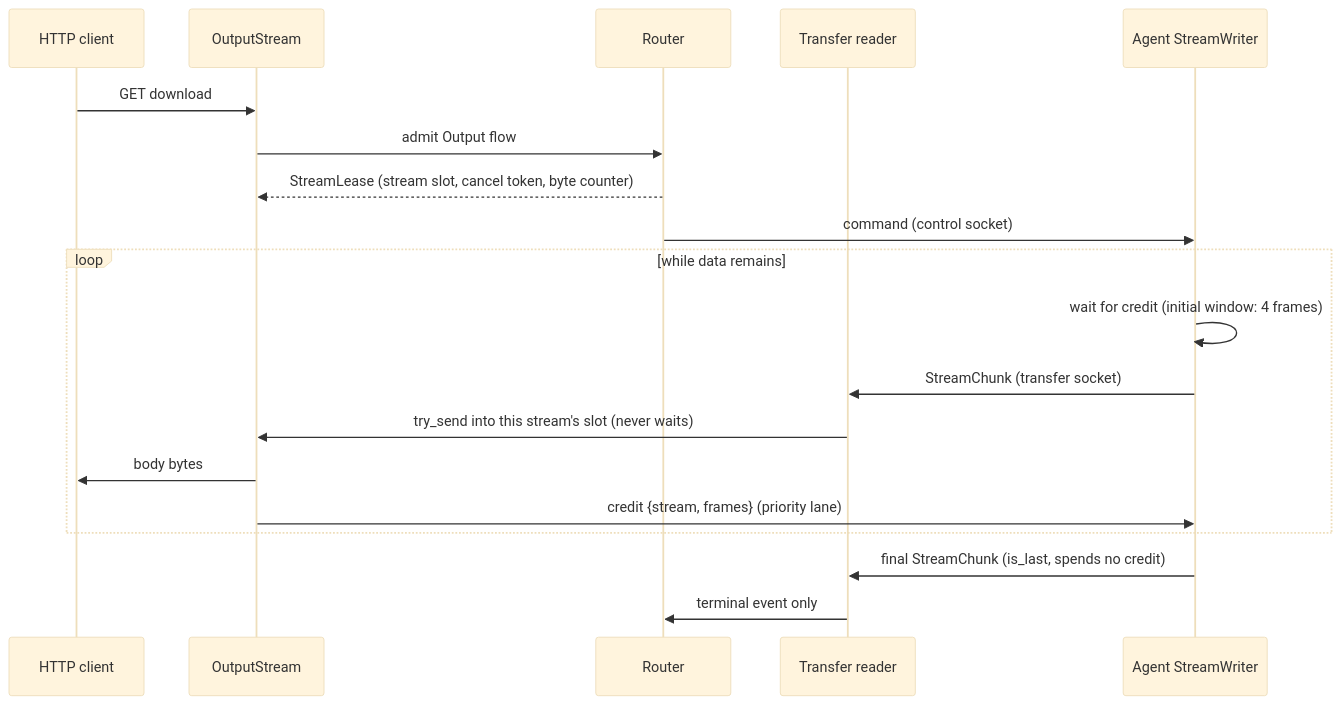
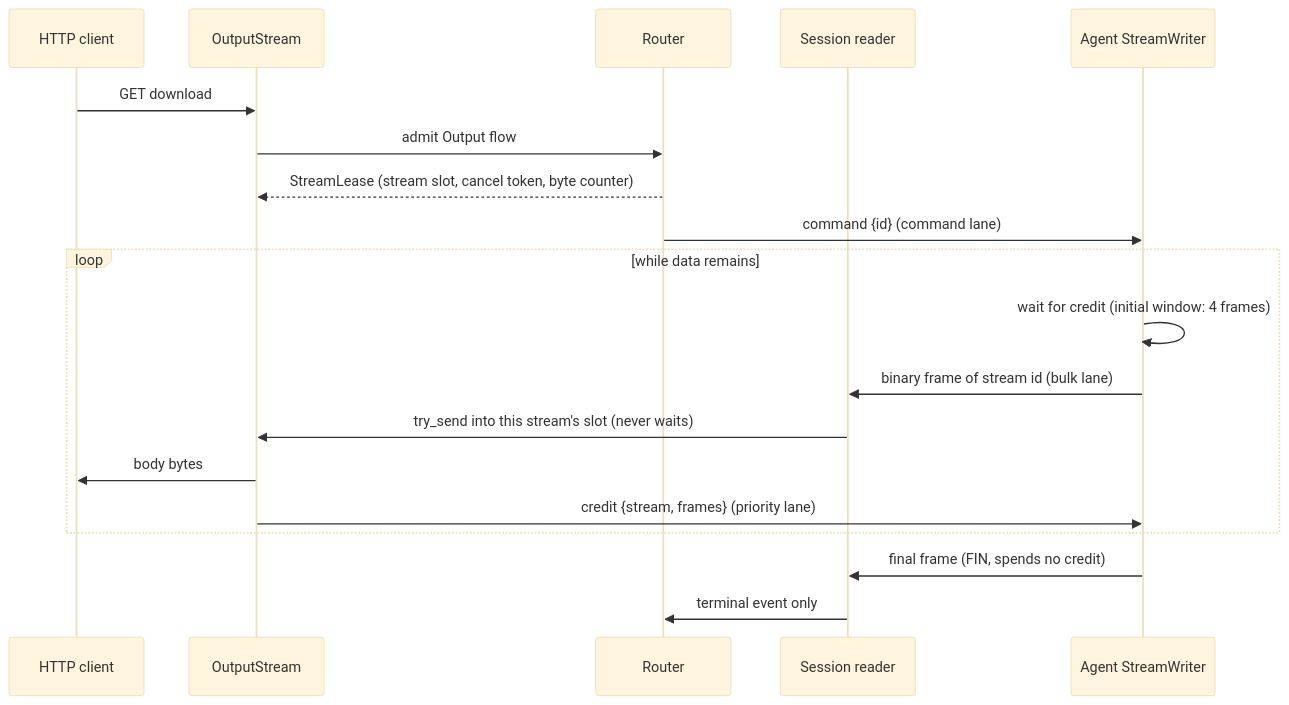
Before and after one commit to FruitieX/redoor: the seventh of 10 diagrams in ARCHITECTURE.md, drawn with Mermaid (base theme). The commit also changed other lines of this file and 74 other files, not shown here.

````diff
--- a/ARCHITECTURE.md
+++ b/ARCHITECTURE.md
@@ -359,22 +400,22 @@
 ```mermaid
 sequenceDiagram
     participant C as HTTP client
     participant O as OutputStream
     participant R as Router
-    participant T as Transfer reader
+    participant T as Session reader
     participant A as Agent StreamWriter
 
     C->>O: GET download
     O->>R: admit Output flow
     R-->>O: StreamLease (stream slot, cancel token, byte counter)
-    R->>A: command (control socket)
+    R->>A: command {id} (command lane)
     loop while data remains
         A->>A: wait for credit (initial window: 4 frames)
-        A->>T: StreamChunk (transfer socket)
+        A->>T: binary frame of stream id (bulk lane)
         T->>O: try_send into this stream's slot (never waits)
         O->>C: body bytes
         O->>A: credit {stream, frames} (priority lane)
     end
-    A->>T: final StreamChunk (is_last, spends no credit)
+    A->>T: final frame (FIN, spends no credit)
     T->>R: terminal event only
 ```
````
